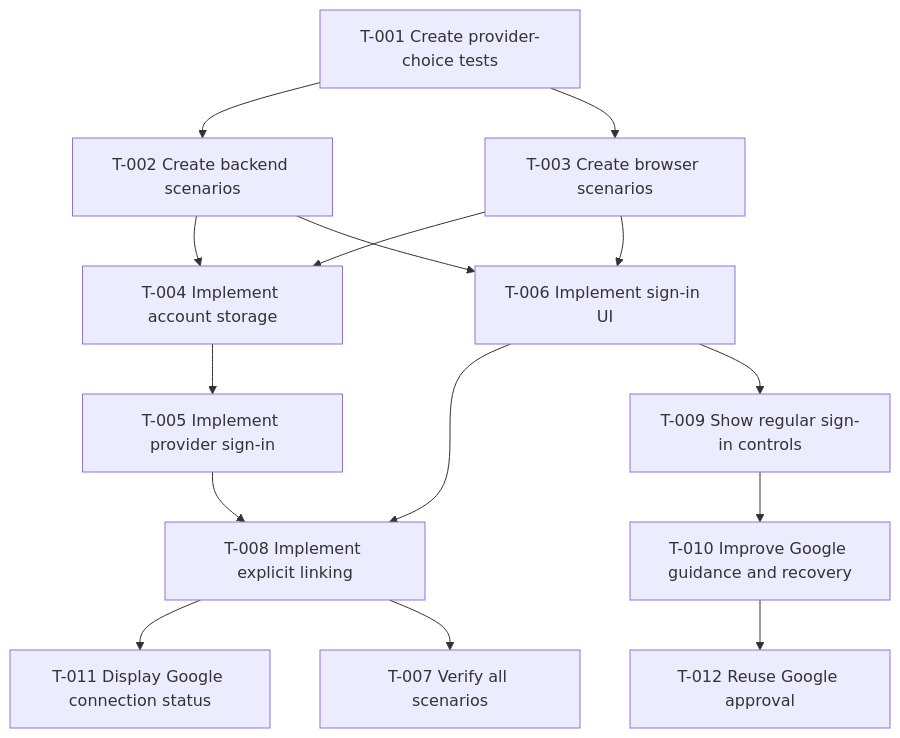
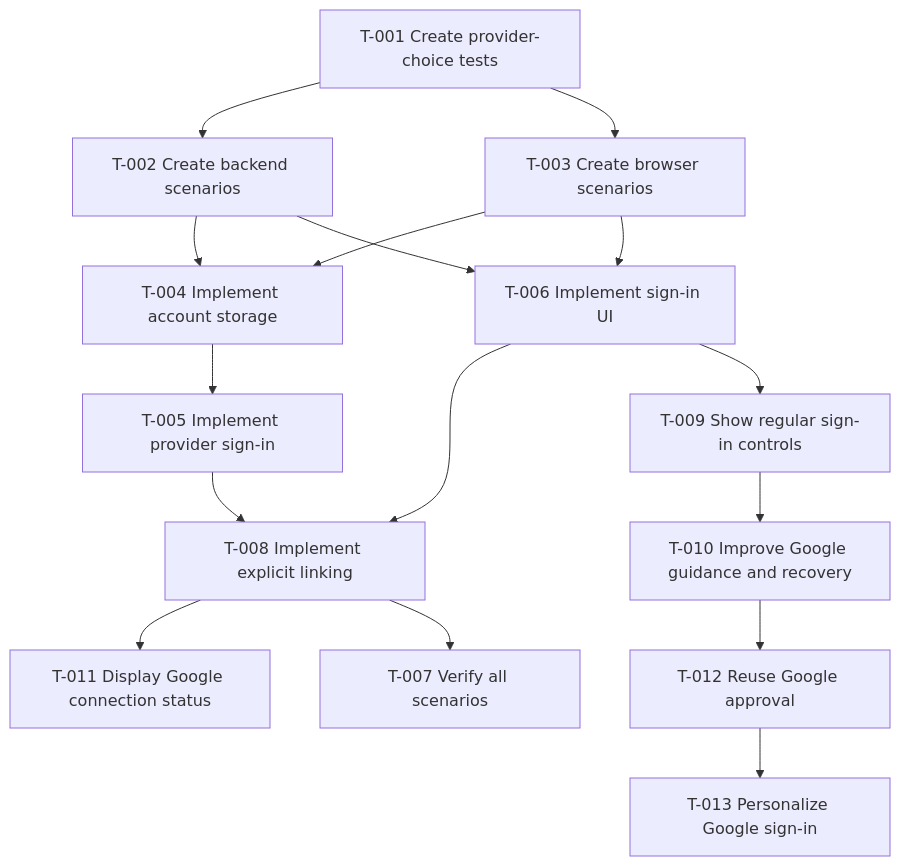
Before and after one commit to b-chua-student/theseus: the diagram in specs/auth/openauth_login/tasks.md, drawn with Mermaid. The commit also changed other lines of this file, not shown here.

````diff
--- a/specs/auth/openauth_login/tasks.md
+++ b/specs/auth/openauth_login/tasks.md
@@ -5,29 +5,30 @@
 ```mermaid
 flowchart TD
     T001["T-001 Create provider-choice tests"]
     T002["T-002 Create backend scenarios"]
     T003["T-003 Create browser scenarios"]
     T004["T-004 Implement account storage"]
     T005["T-005 Implement provider sign-in"]
     T006["T-006 Implement sign-in UI"]
     T007["T-007 Verify all scenarios"]
     T008["T-008 Implement explicit linking"]
     T001 --> T002
     T001 --> T003
     T002 --> T004
     T003 --> T004
     T004 --> T005
     T003 --> T006
     T002 --> T006
     T005 --> T008
     T006 --> T008
     T009["T-009 Show regular sign-in controls"]
     T006 --> T009
     T010["T-010 Improve Google guidance and recovery"]
     T011["T-011 Display Google connection status"]
     T009 --> T010
     T008 --> T011
     T012["T-012 Reuse Google approval"]
     T010 --> T012
+    T012 --> T013["T-013 Personalize Google sign-in"]
     T008 --> T007
 ```
````
